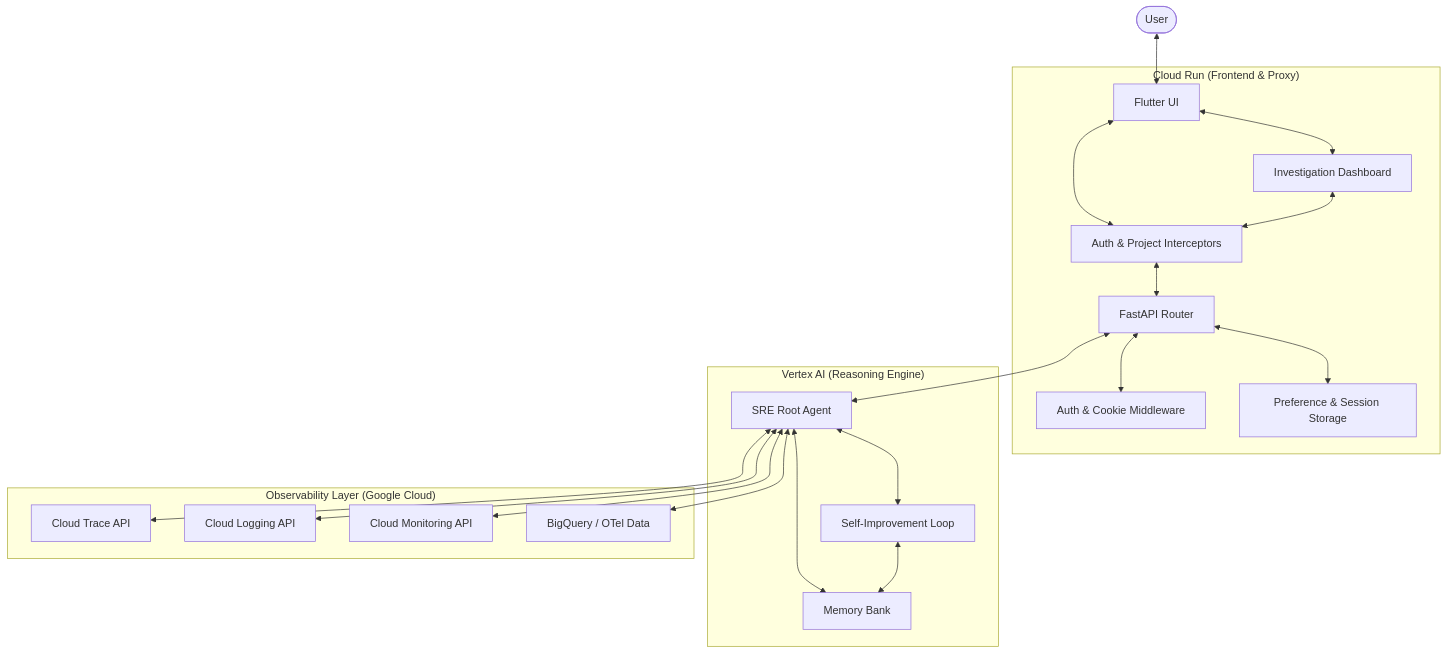
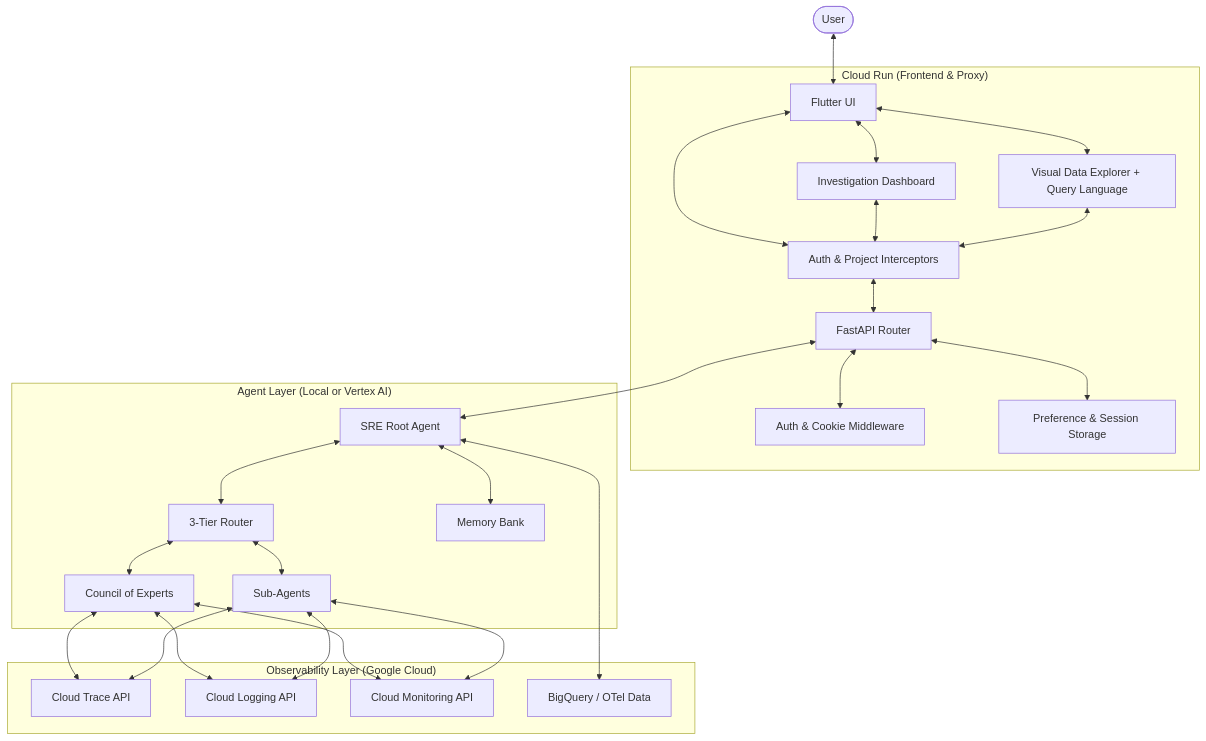
One commit to srtux/sre-agent changed the diagram in docs/architecture/system_overview.md. Above: the diagram before and after it, drawn with Mermaid. The commit also changed other lines of this file and 72 other files, not shown here.

````diff
--- a/docs/architecture/system_overview.md
+++ b/docs/architecture/system_overview.md
@@ -17,44 +17,53 @@
 ```mermaid
 graph TD
     User([User])
 
     subgraph "Cloud Run (Frontend & Proxy)"
         UI[Flutter UI]
         Dashboard[Investigation Dashboard]
+        Explorer[Visual Data Explorer + Query Language]
         Interceptors[Auth & Project Interceptors]
         Proxy[FastAPI Router]
         AuthSvc[Auth & Cookie Middleware]
         StoreSvc[Preference & Session Storage]
     end
 
-    subgraph "Vertex AI (Reasoning Engine)"
+    subgraph "Agent Layer (Local or Vertex AI)"
+        Router[3-Tier Router]
         RootAgent[SRE Root Agent]
-        SelfImprovement[Self-Improvement Loop]
+        Council[Council of Experts]
+        SubAgents[Sub-Agents]
         MemoryBank[Memory Bank]
     end
 
     subgraph "Observability Layer (Google Cloud)"
         CloudTrace[Cloud Trace API]
         CloudLogging[Cloud Logging API]
         CloudMonitoring[Cloud Monitoring API]
         BigQuery[BigQuery / OTel Data]
     end
 
     User <--> UI
     UI <--> Dashboard
+    UI <--> Explorer
     UI <--> Interceptors
     Dashboard <--> Interceptors
+    Explorer <--> Interceptors
     Interceptors <--> Proxy
     Proxy <--> AuthSvc
     Proxy <--> StoreSvc
 
     Proxy <--> RootAgent
-    RootAgent <--> SelfImprovement
+    RootAgent <--> Router
+    Router <--> Council
+    Router <--> SubAgents
     RootAgent <--> MemoryBank
-    SelfImprovement <--> MemoryBank
 
-    RootAgent <--> CloudTrace
-    RootAgent <--> CloudLogging
-    RootAgent <--> CloudMonitoring
+    Council <--> CloudTrace
+    Council <--> CloudLogging
+    Council <--> CloudMonitoring
+    SubAgents <--> CloudTrace
+    SubAgents <--> CloudLogging
+    SubAgents <--> CloudMonitoring
     RootAgent <--> BigQuery
 ```
````
